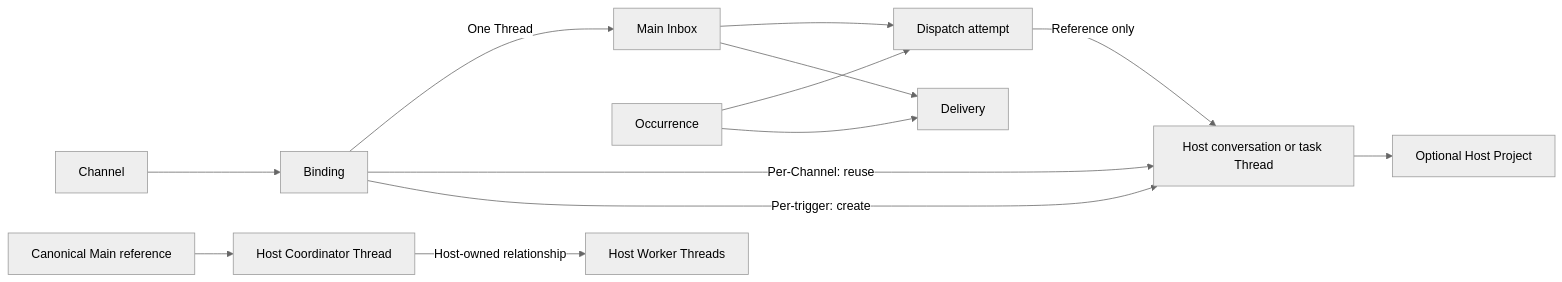
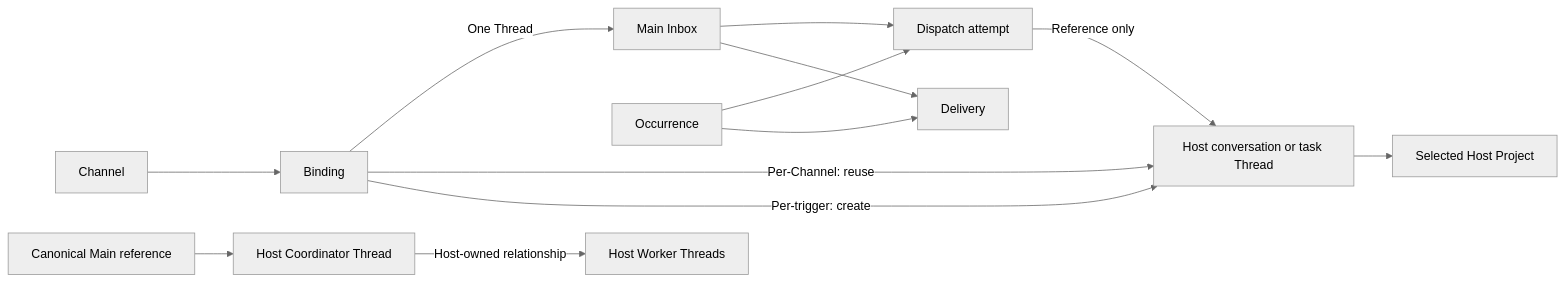
One commit to Wh1isper/a13n-claw changed the diagram in spec/01-domain-model.md. Above: the diagram before and after it, drawn with Mermaid (neutral theme). The commit also changed other lines of this file and 34 other files, not shown here.

````diff
--- a/spec/01-domain-model.md
+++ b/spec/01-domain-model.md
@@ -41,15 +42,15 @@
 ```mermaid
 flowchart LR
     Channel --> Binding
     Binding -->|One Thread| Inbox[Main Inbox]
     Binding -->|Per-Channel: reuse| Target[Host conversation or task Thread]
     Binding -->|Per-trigger: create| Target
     Inbox --> Attempt[Dispatch attempt]
     Occurrence --> Attempt
     Attempt -->|Reference only| Target
     Main[Canonical Main reference] --> Coordinator[Host Coordinator Thread]
     Coordinator -->|Host-owned relationship| Workers[Host Worker Threads]
-    Target --> Project[Optional Host Project]
+    Target --> Project[Selected Host Project]
     Inbox --> Delivery
     Occurrence --> Delivery
 ```
````
